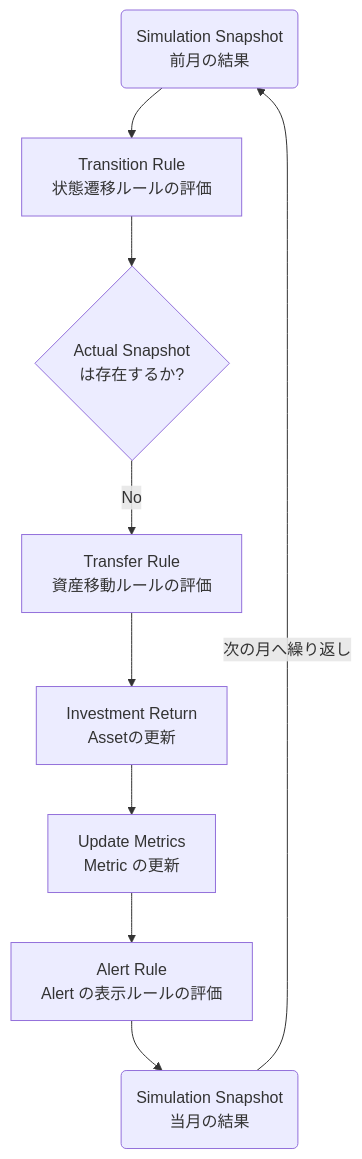
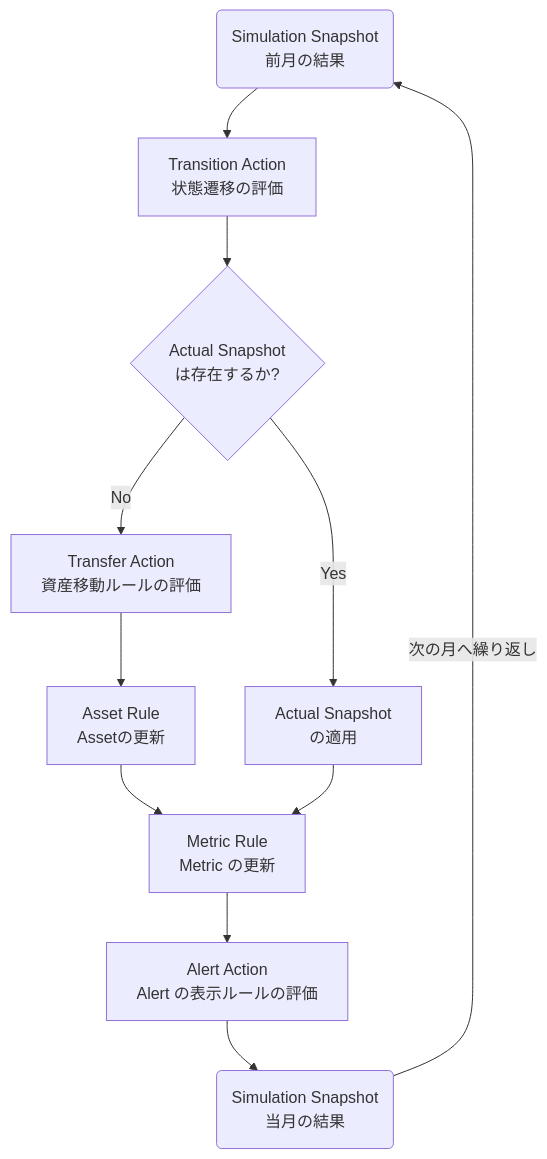
Before and after one commit to hmzk0312/FinancesDSL: the sixth of 6 diagrams in README.md, drawn with Mermaid. The commit also changed other lines of this file, not shown here.

````diff
--- a/README.md
+++ b/README.md
@@ -216,21 +214,23 @@
 ```mermaid
 flowchart TD;　
     BS(Simulation Snapshot\n前月の結果)
-    TR[Transition Rule\n状態遷移ルールの評価]
+    TR[Transition Action\n状態遷移の評価]
     FK{Actual Snapshot\nは存在するか?}
-    FR[Transfer Rule\n資産移動ルールの評価]
-    IR[Investment Return\nAssetの更新]
-    UE[Update Metrics\nMetric の更新]
-    AR[Alert Rule\nAlert の表示ルールの評価]
+    FR[Transfer Action\n資産移動ルールの評価]
+    IR[Asset Rule\nAssetの更新]
+    AA[Actual Snapshot\nの適用]
+    UE[Metric Rule\nMetric の更新]
+    AR[Alert Action\nAlert の表示ルールの評価]
     CS(Simulation Snapshot\n当月の結果)
     
     BS --> TR
     TR --> FK
     FK --> |No|FR
-    
+    FK --> |Yes|AA
     FR --> IR
     IR --> UE
+    AA --> UE
     UE --> AR
     AR --> CS
     CS --> |次の月へ繰り返し| BS
 ```
````
